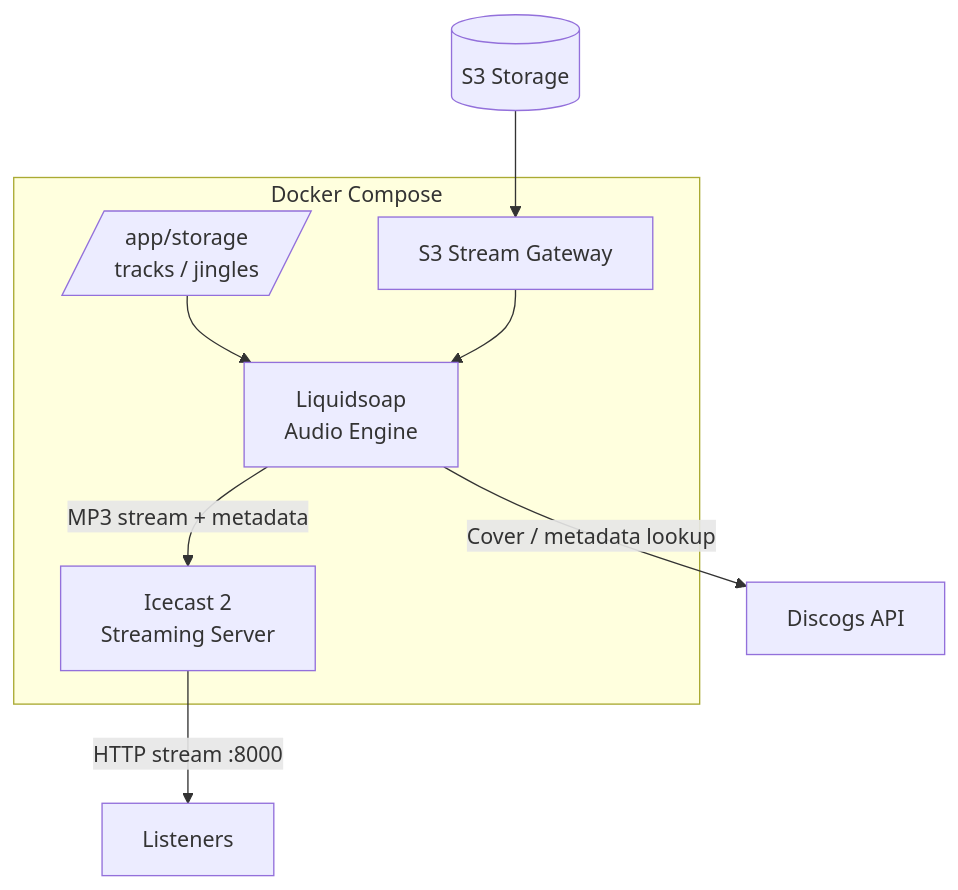
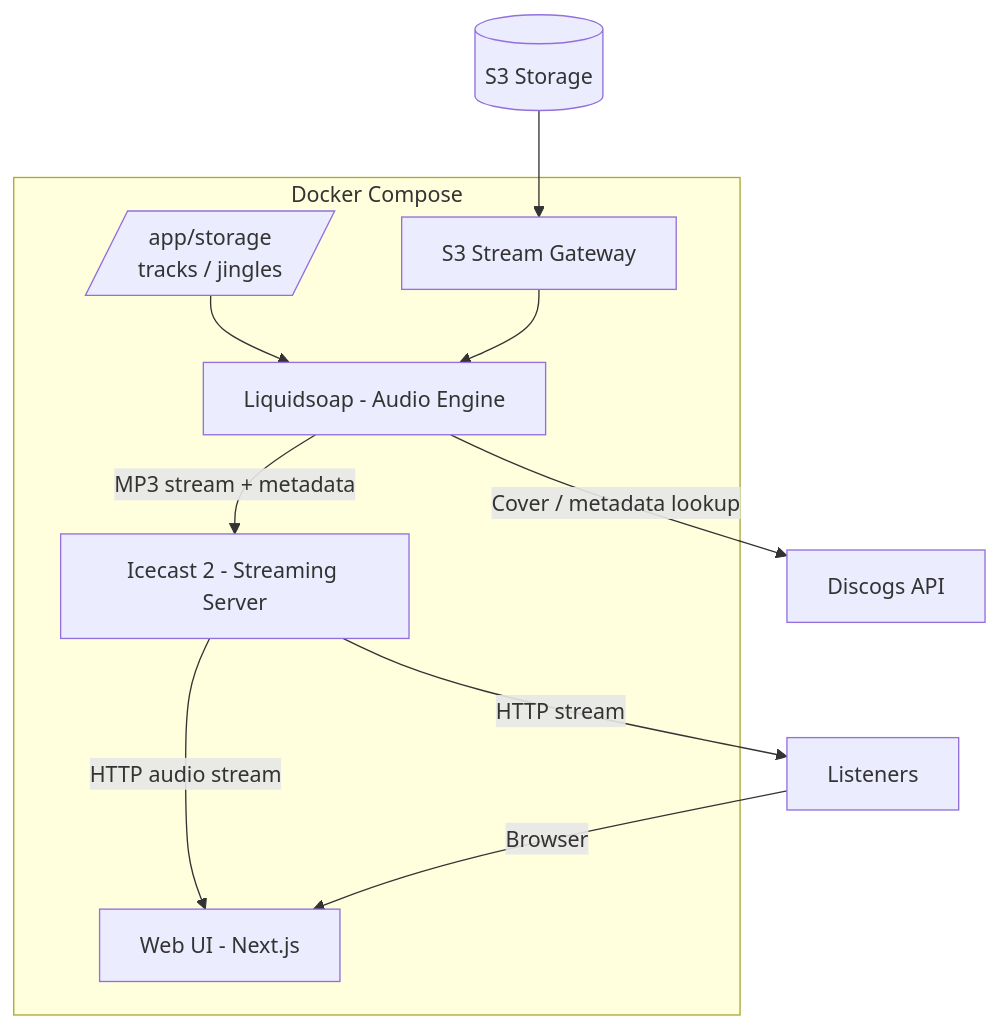
The diagram in README.md (acayseth/onair), drawn with Mermaid before and after one commit.

Commit message:
update README.md update Architecture

````diff
--- a/README.md
+++ b/README.md
@@ -9,23 +9,26 @@
 ```mermaid
 flowchart TD
-    USER[Listeners]
+  USER[Listeners]
 
-    subgraph DOCKER[Docker Compose]
-        LS[Liquidsoap<br/>Audio Engine]
-        IC[Icecast 2<br/>Streaming Server]
-        S3GW[S3 Stream Gateway]
-        STORAGE[/app/storage<br/>tracks / jingles/]
-    end
+  subgraph DOCKER[Docker Compose]
+      WEB[Web UI - Next.js]
+      LS[Liquidsoap - Audio Engine]
+      IC[Icecast 2 - Streaming Server]
+      S3GW[S3 Stream Gateway]
+      STORAGE[/app/storage<br/>tracks / jingles/]
+  end
 
-    S3[(S3 Storage)]
-    DISCOGS[Discogs API]
+  S3[(S3 Storage)]
+  DISCOGS[Discogs API]
 
-    STORAGE --> LS
-    S3 --> S3GW
-    S3GW --> LS
+  STORAGE --> LS
+  S3 --> S3GW
+  S3GW --> LS
 
-    LS -->|MP3 stream + metadata| IC
-    IC -->|HTTP stream :8000| USER
+  LS -->|MP3 stream + metadata| IC
+  IC -->|HTTP audio stream| WEB
+  IC -->|HTTP stream| USER
+  USER -->|Browser| WEB
 
-    LS -->|Cover / metadata lookup| DISCOGS
+  LS -->|Cover / metadata lookup| DISCOGS
 ```
````
